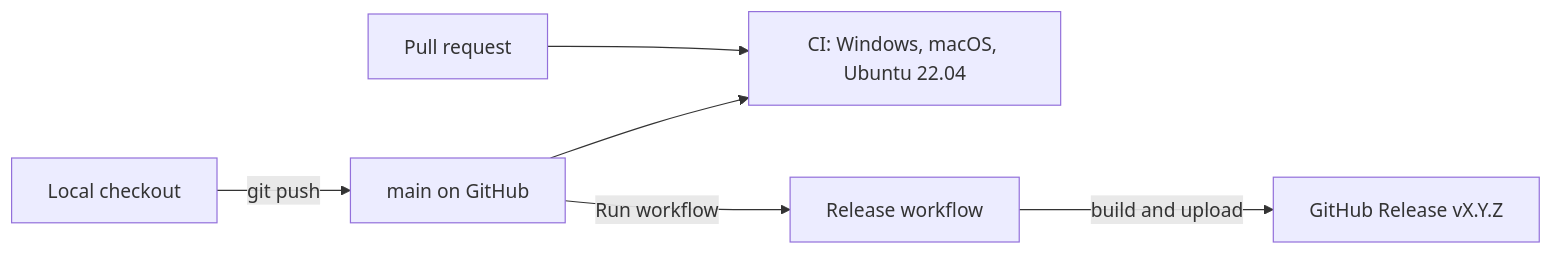
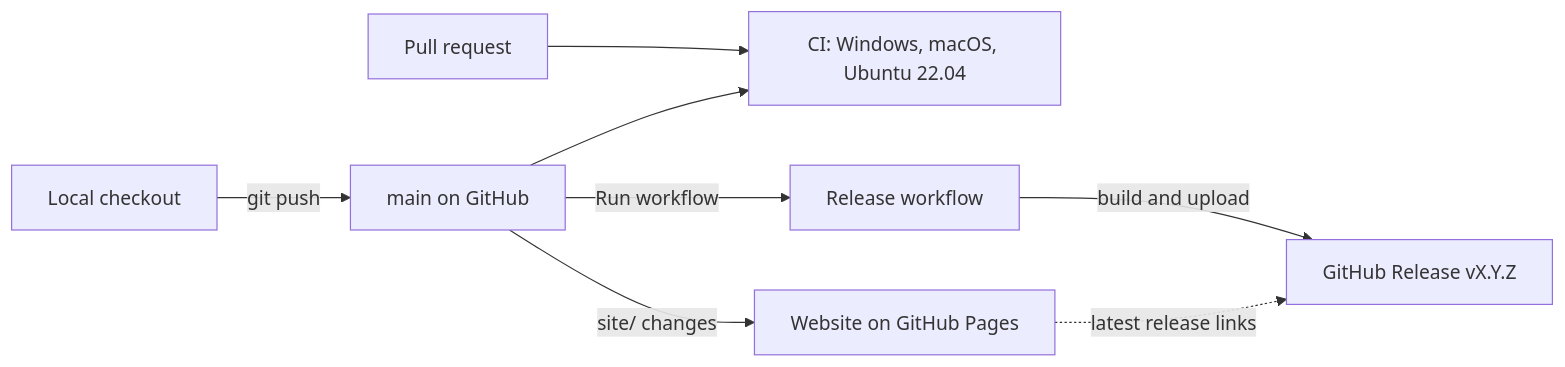
One commit to ronaldndirangu/ukurasa changed the first of 2 diagrams in docs/infrastructure.md. Above: the diagram before and after it, drawn with Mermaid. The commit also changed other lines of this file and 8 other files, not shown here.

First line of the commit message:
Add website and publish it to GitHub Pages

````diff
--- a/docs/infrastructure.md
+++ b/docs/infrastructure.md
@@ -5,8 +5,10 @@
 ```mermaid
 flowchart LR
   local["Local checkout"] -->|git push| mainBranch["main on GitHub"]
   pr["Pull request"] --> ci["CI: Windows, macOS, Ubuntu 22.04"]
   mainBranch --> ci
   mainBranch -->|"Run workflow"| workflow["Release workflow"]
   workflow -->|"build and upload"| release["GitHub Release vX.Y.Z"]
+  mainBranch -->|"site/ changes"| pages["Website on GitHub Pages"]
+  pages -.->|"latest release links"| release
 ```
````
